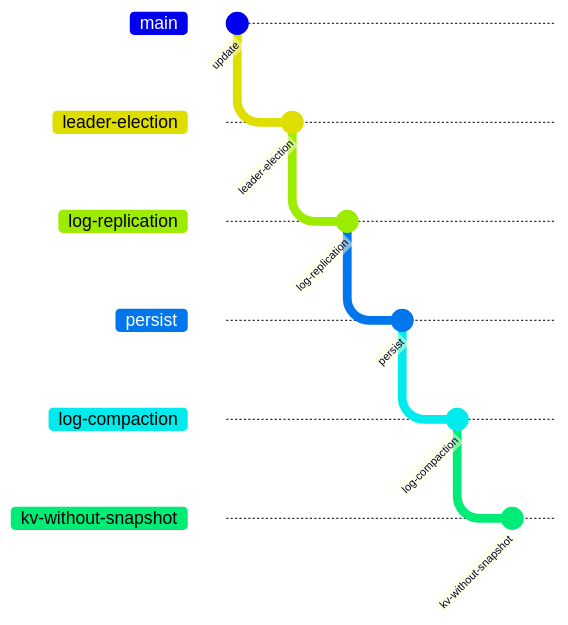
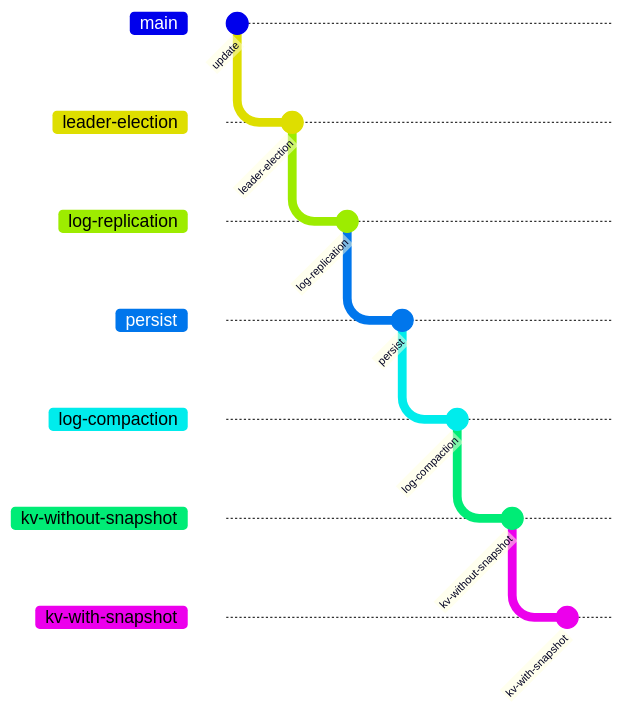
The diagram in README.md (Ferriem/6.5840), drawn with Mermaid before and after one commit.

Commit message:
finish Lab3

````diff
--- a/README.md
+++ b/README.md
@@ -7,14 +7,16 @@
 ```mermaid
 gitGraph
 	commit id: "update"
   branch leader-election
   commit id: "leader-election"
   branch log-replication
   commit id: "log-replication"
   branch persist
   commit id: "persist"
   branch log-compaction
   commit id: "log-compaction"
   branch kv-without-snapshot
   commit id: "kv-without-snapshot"
+  branch kv-with-snapshot
+  commit id: "kv-with-snapshot"
 ```
````
